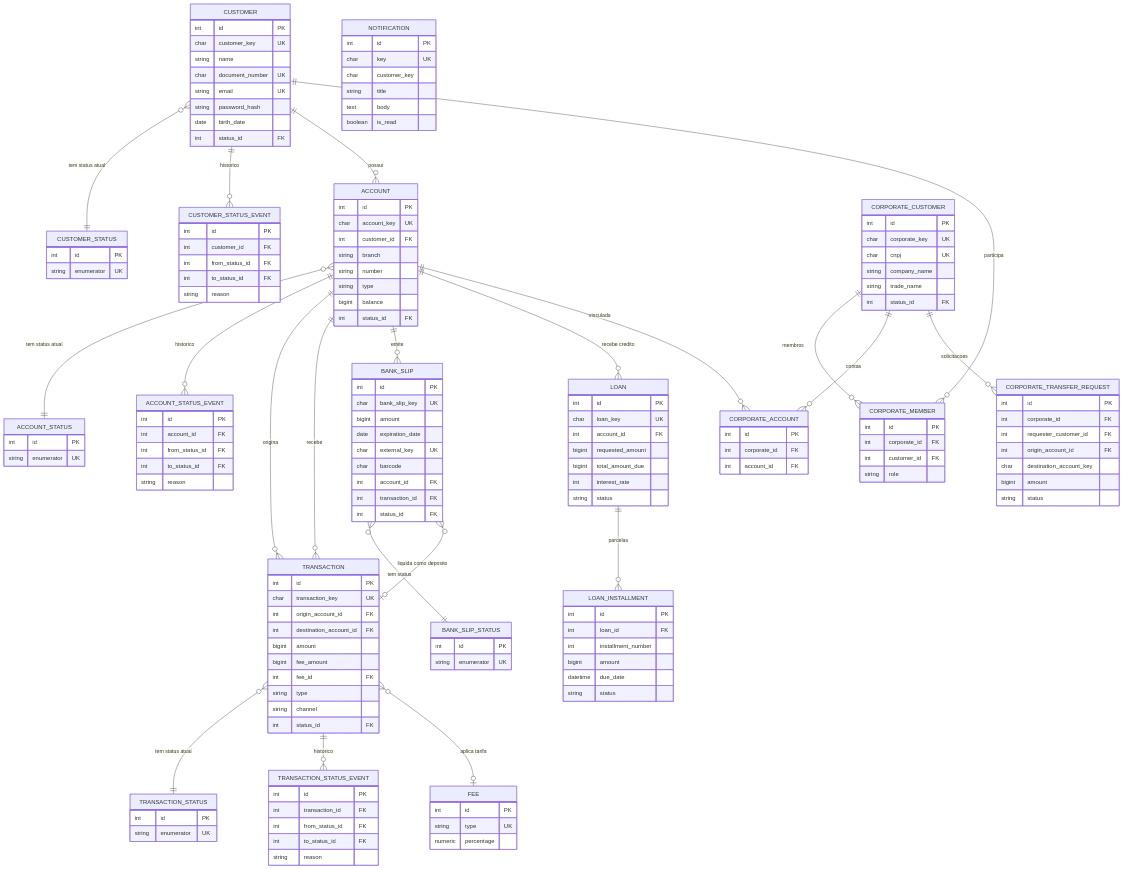
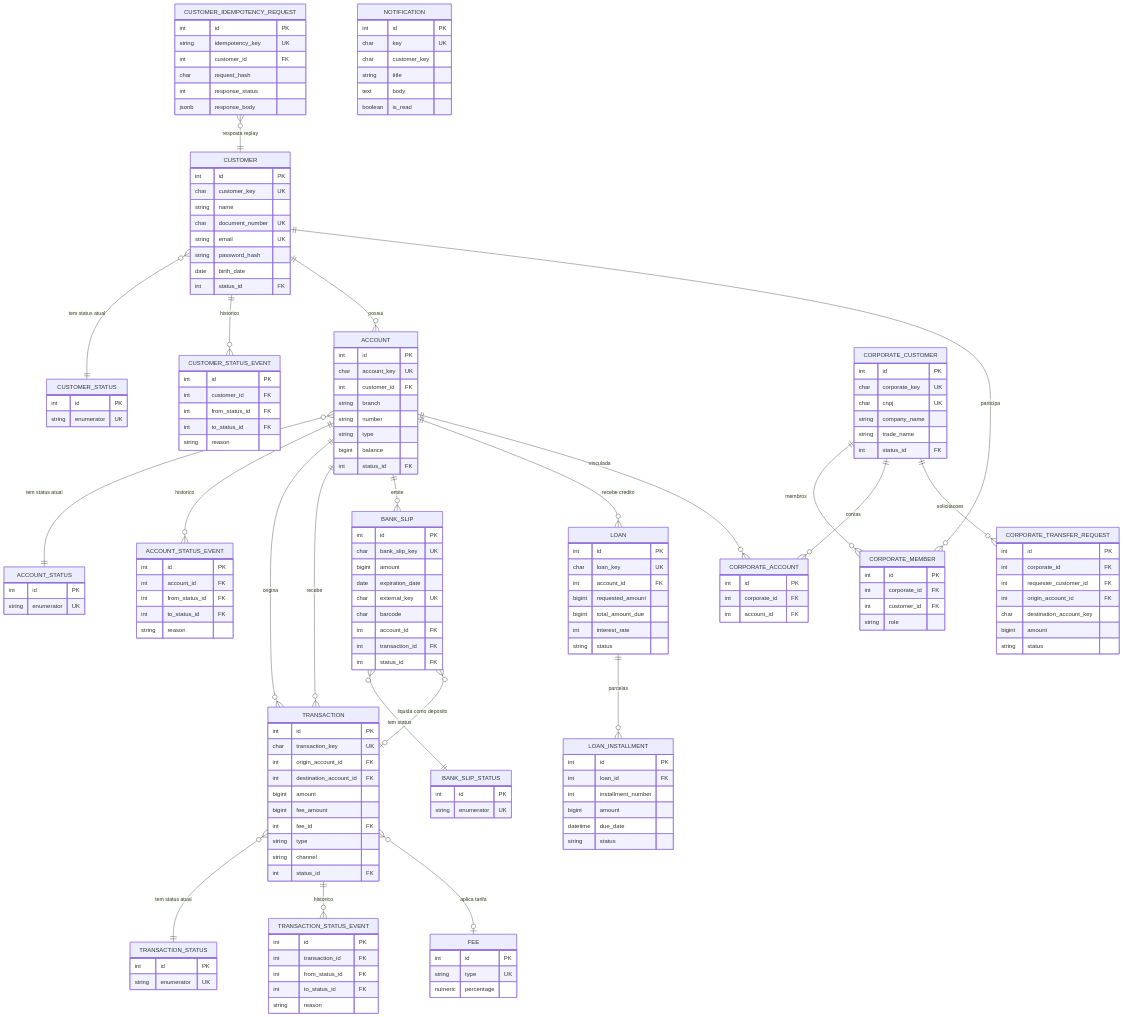
Before and after one commit to gfdmarco/BootcampQITechG33: the second of 8 diagrams in docs/rfc_fundamentacao_tecnica_qitech.md, drawn with Mermaid. The commit also changed other lines of this file and 11 other files, not shown here.

```diff
--- a/docs/rfc_fundamentacao_tecnica_qitech.md
+++ b/docs/rfc_fundamentacao_tecnica_qitech.md
@@ -124,6 +124,15 @@
         int from_status_id FK
         int to_status_id FK
         string reason
+    }
+
+    CUSTOMER_IDEMPOTENCY_REQUEST {
+        int id PK
+        string idempotency_key UK
+        int customer_id FK
+        char request_hash
+        int response_status
+        jsonb response_body
     }
 
     ACCOUNT {
@@ -261,6 +270,7 @@
 
     CUSTOMER }o--|| CUSTOMER_STATUS : "tem status atual"
     CUSTOMER ||--o{ CUSTOMER_STATUS_EVENT : "historico"
+    CUSTOMER_IDEMPOTENCY_REQUEST }o--|| CUSTOMER : "resposta replay"
     CUSTOMER ||--o{ ACCOUNT : "possui"
     ACCOUNT }o--|| ACCOUNT_STATUS : "tem status atual"
     ACCOUNT ||--o{ ACCOUNT_STATUS_EVENT : "historico"
```
